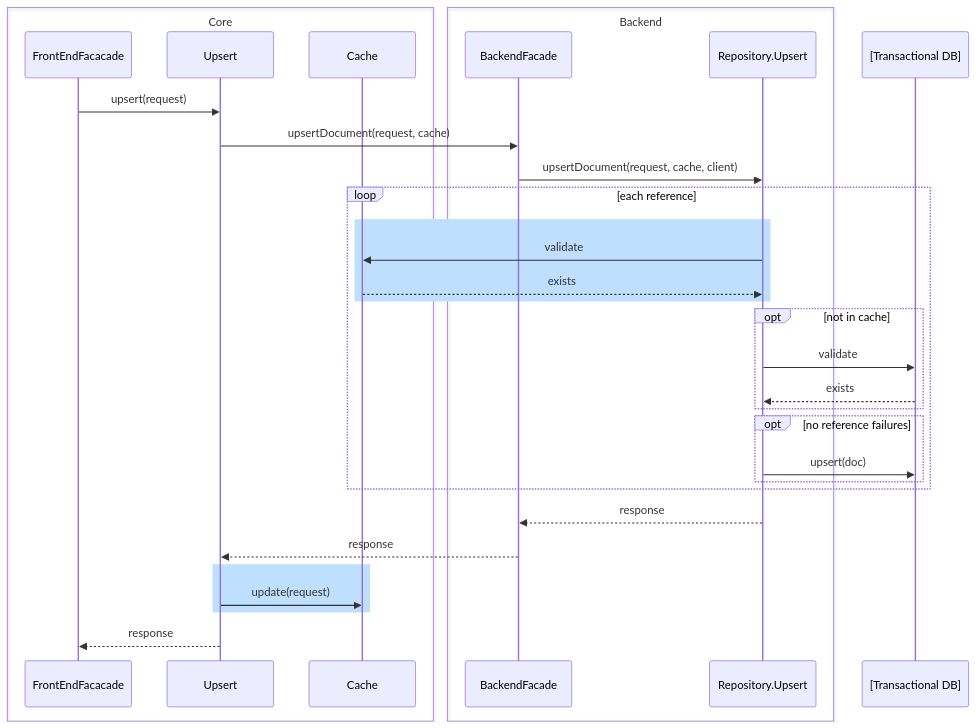
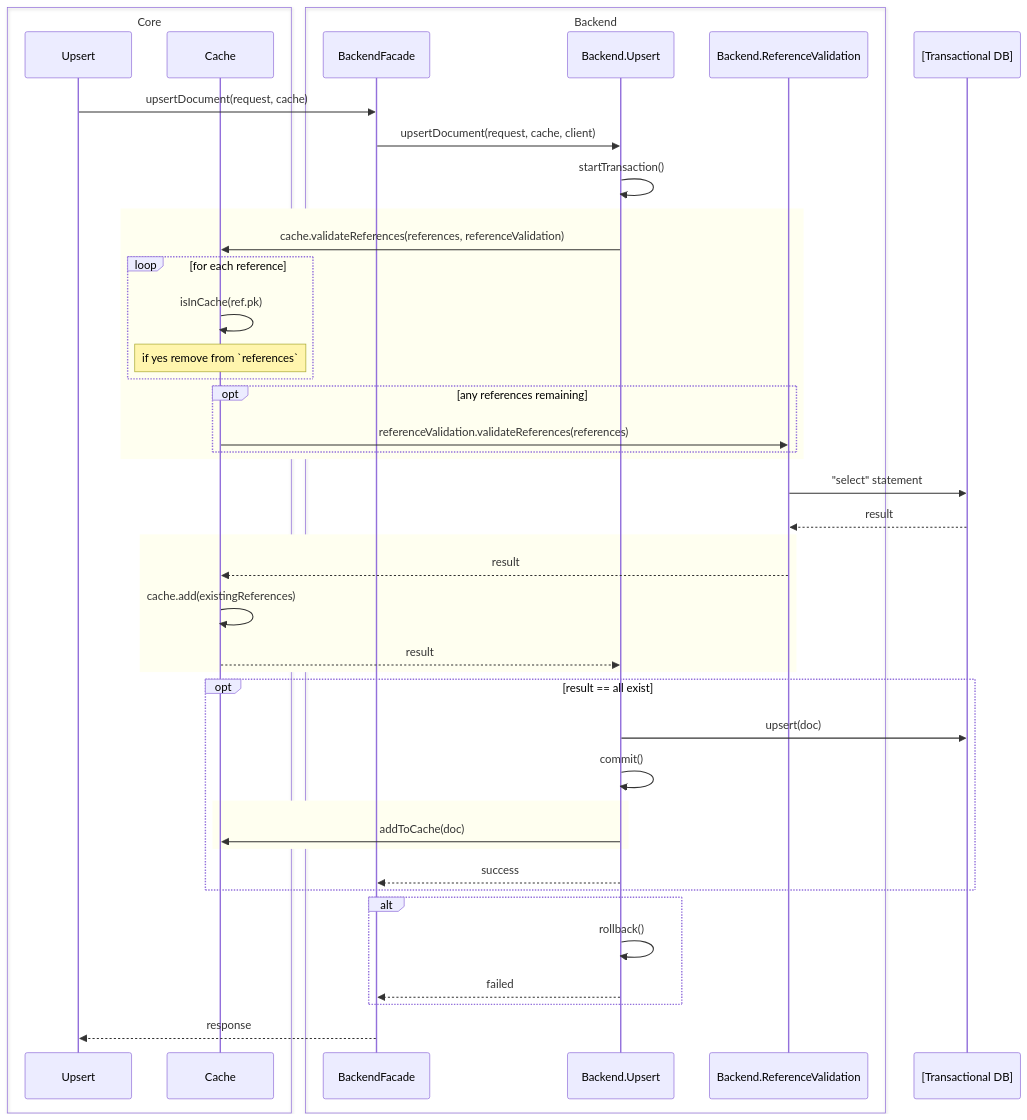
The fourth of 4 diagrams in docs/design/caching/README.md (Ed-Fi-Exchange-OSS/Meadowlark), drawn with Mermaid before and after one commit. The commit also changed other lines of this file, not shown here.

Commit message:
Refactor to reflect presence of the reference validation module in the backend

````diff
--- a/docs/design/caching/README.md
+++ b/docs/design/caching/README.md
@@ -208,43 +225,60 @@
 ```mermaid
 sequenceDiagram
     box Core
-        participant A as FrontEndFacacade
         participant B as Upsert
-        participant F as Cache
+        participant G as Cache
     end
 
     box Backend
         participant C as BackendFacade
-        participant D as Repository.Upsert
+        participant D as Backend.Upsert
+        participant F as Backend.ReferenceValidation
     end
 
     participant E as [Transactional DB]
 
-    A->>B: upsert(request)
     B->>C: upsertDocument(request, cache)
     C->>D: upsertDocument(request, cache, client)
+    D->>D: startTransaction()
 
-    loop each reference
-        rect rgb(191, 223, 255)
-            D->>F: validate
-            F-->>D: exists
+    rect ivory
+        D->>G: cache.validateReferences(references, referenceValidation)
+
+        loop for each reference
+            G->>G: isInCache(ref.pk)
+            Note over G: if yes remove from `references`
         end
 
-        opt not in cache
-            D->>E: validate
-            E-->>D: exists
-        end
-
-        opt no reference failures
-            D->>E: upsert(doc)
+        opt any references remaining
+            G->>F: referenceValidation.validateReferences(references)
         end
     end
 
-    D-->>C: response
-    C-->>B: response
-    rect rgb(191, 223, 255)
-        B->>F: update(request)
+    F->>E: "select" statement
+    E-->>F: result
+
+    rect ivory
+        F-->>G: result
+
+        G->>G: cache.add(existingReferences)
+
+        G-->>D: result
     end
 
-    B-->>A: response
+    opt result == all exist
+      D->>E: upsert(doc)
+      D->>D: commit()
+
+      rect ivory
+        D->>G: addToCache(doc)
+      end
+
+      D-->>C: success
+    end
+    alt
+      D->>D: rollback()
+      D-->>C: failed
+    end
+
+    C-->>B: response
 ```
````
